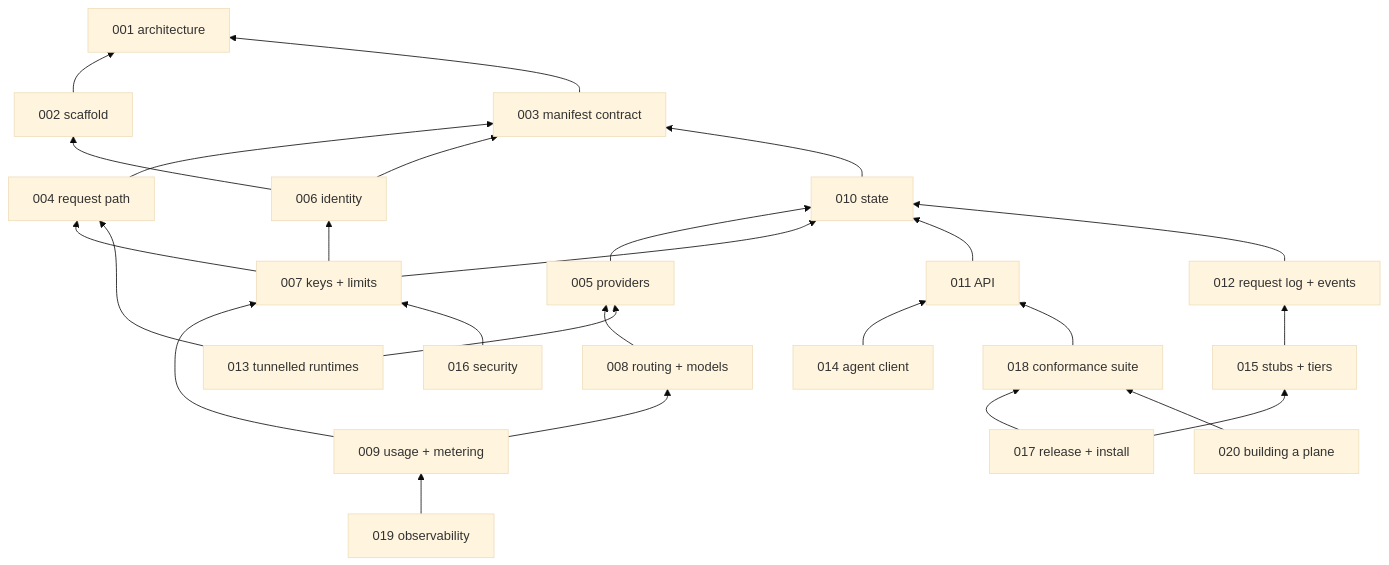
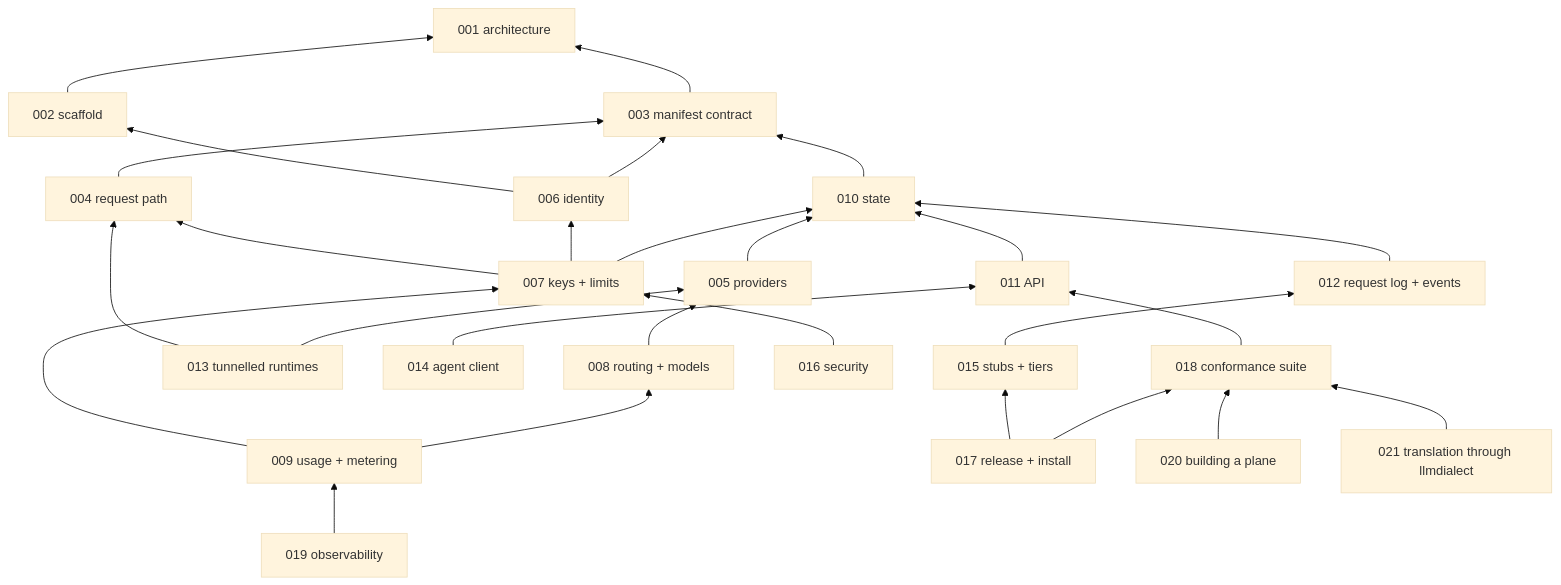
Before and after one commit to latere-ai/lux: the second of 2 diagrams in specs/README.md, drawn with Mermaid (base theme). The commit also changed other lines of this file and 1 other file, not shown here.

Commit message:
specs: 021, translation through llmdialect
The codec glue the gateway carries, the request and response legs, the
stream loop, the error envelopes, the model lists and the count-tokens
emulation, is drafted to leave for an importable bridge in
latere.ai/x/pkg/llmdialect, so a program translates between provider
APIs without running a gateway. It waits on that package's release and
on the conformance suite, which proves the swap changes no bytes.

````diff
--- a/specs/README.md
+++ b/specs/README.md
@@ -79,48 +80,50 @@
 ```mermaid
 flowchart BT
   S001[001 architecture]
   S002[002 scaffold]
   S003[003 manifest contract]
   S004[004 request path]
   S005[005 providers]
   S006[006 identity]
   S007[007 keys + limits]
   S008[008 routing + models]
   S009[009 usage + metering]
   S010[010 state]
   S011[011 API]
   S012[012 request log + events]
   S013[013 tunnelled runtimes]
   S014[014 agent client]
   S015[015 stubs + tiers]
   S016[016 security]
   S017[017 release + install]
   S018[018 conformance suite]
   S019[019 observability]
   S020[020 building a plane]
+  S021[021 translation through llmdialect]
   S002 --> S001
   S003 --> S001
   S004 --> S003
   S005 --> S010
   S006 --> S002
   S006 --> S003
   S007 --> S004
   S007 --> S006
   S007 --> S010
   S008 --> S005
   S009 --> S007
   S009 --> S008
   S010 --> S003
   S011 --> S010
   S012 --> S010
   S013 --> S004
   S013 --> S005
   S014 --> S011
   S015 --> S012
   S016 --> S007
   S017 --> S015
   S017 --> S018
   S018 --> S011
   S019 --> S009
   S020 --> S018
+  S021 --> S018
 ```
````
